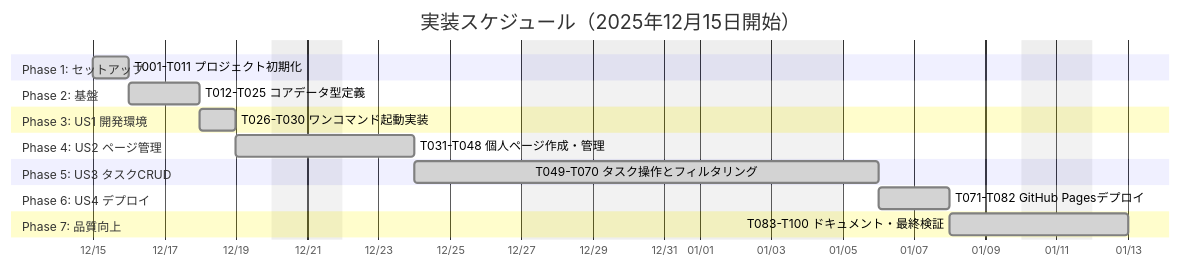
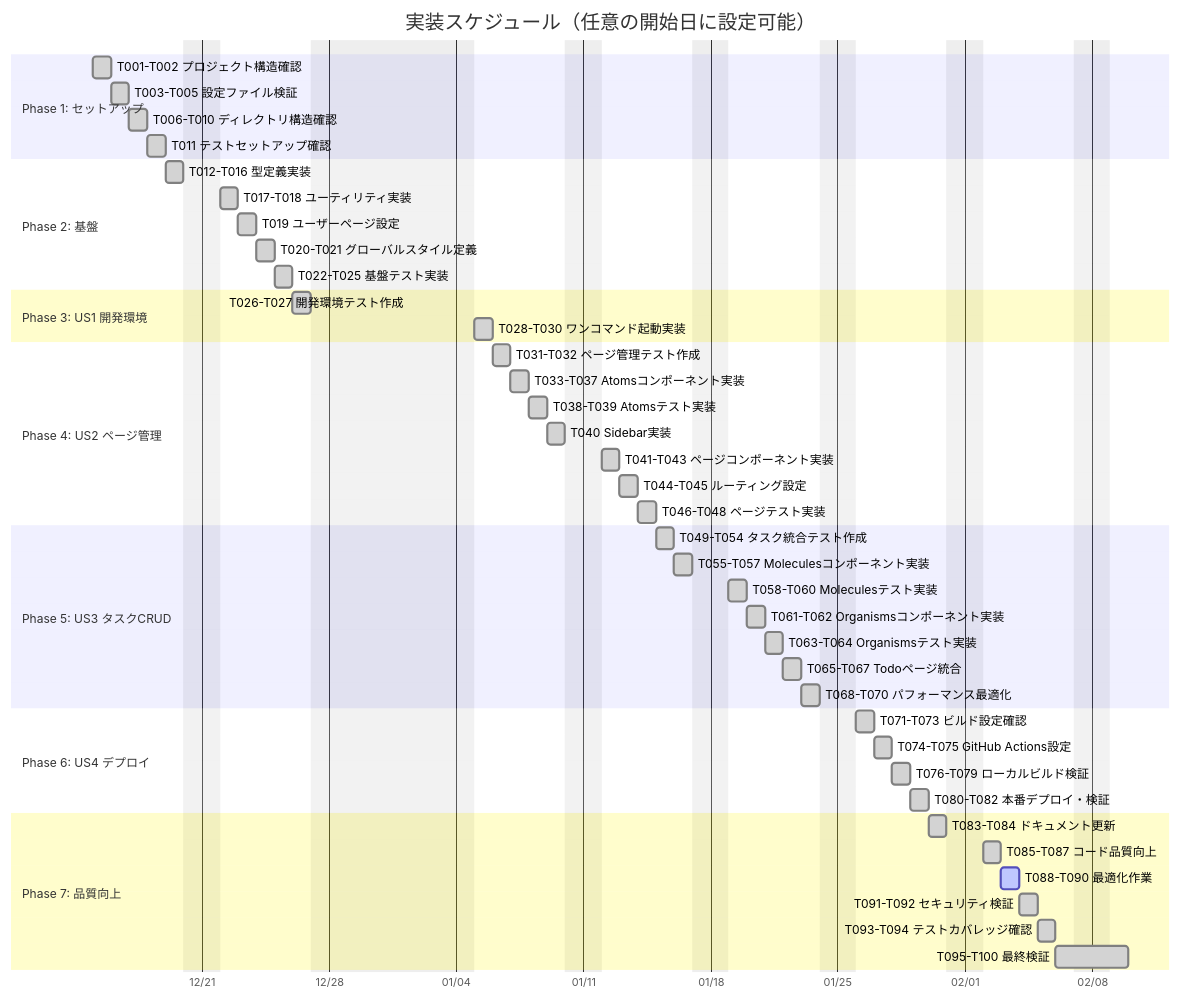
The first of 10 diagrams in specs/001-ToDo/tasks.md (J1921604/ToDo), drawn with Mermaid before and after one commit. The commit also changed other lines of this file and 1 other file, not shown here.

Commit message:
docs: tasks.mdのガントチャートを詳細化、spec.mdの公開URL修正
・tasks.mdガントチャート: 7フェーズを38サブタスクに細分化
・相対日付方式(after p<N>)で開始日変更時の自動調整対応
・年末年始休暇(12/27-1/4)を明示的に除外
・spec.md: 公開URLをtodo-app/からToDo/に修正

````diff
--- a/specs/001-ToDo/tasks.md
+++ b/specs/001-ToDo/tasks.md
@@ -17,28 +17,56 @@
 ```mermaid
 gantt
-    title 実装スケジュール（2025年12月15日開始）
+    title 実装スケジュール（任意の開始日に設定可能）
     dateFormat YYYY-MM-DD
     axisFormat %m/%d
     excludes weekends 2025-12-27 2025-12-28 2025-12-29 2025-12-30 2025-12-31 2026-01-01 2026-01-02 2026-01-03 2026-01-04
     
     section Phase 1: セットアップ
-    T001-T011 プロジェクト初期化           :done, p1, 2025-12-15, 1d
+    T001-T002 プロジェクト構造確認         :done, p1_1, 2025-12-15, 1d
+    T003-T005 設定ファイル検証             :done, p1_2, after p1_1, 1d
+    T006-T010 ディレクトリ構造確認         :done, p1_3, after p1_2, 1d
+    T011 テストセットアップ確認            :done, p1_4, after p1_3, 1d
     
     section Phase 2: 基盤
-    T012-T025 コアデータ型定義             :done, p2, after p1, 2d
+    T012-T016 型定義実装                   :done, p2_1, after p1_4, 1d
+    T017-T018 ユーティリティ実装           :done, p2_2, after p2_1, 1d
+    T019 ユーザーページ設定                :done, p2_3, after p2_2, 1d
+    T020-T021 グローバルスタイル定義       :done, p2_4, after p2_3, 1d
+    T022-T025 基盤テスト実装               :done, p2_5, after p2_4, 1d
     
     section Phase 3: US1 開発環境
-    T026-T030 ワンコマンド起動実装         :done, p3, after p2, 1d
+    T026-T027 開発環境テスト作成           :done, p3_1, after p2_5, 1d
+    T028-T030 ワンコマンド起動実装         :done, p3_2, after p3_1, 1d
     
     section Phase 4: US2 ページ管理
-    T031-T048 個人ページ作成・管理         :done, p4, after p3, 3d
+    T031-T032 ページ管理テスト作成         :done, p4_1, after p3_2, 1d
+    T033-T037 Atomsコンポーネント実装      :done, p4_2, after p4_1, 1d
+    T038-T039 Atomsテスト実装              :done, p4_3, after p4_2, 1d
+    T040 Sidebar実装                       :done, p4_4, after p4_3, 1d
+    T041-T043 ページコンポーネント実装     :done, p4_5, after p4_4, 1d
+    T044-T045 ルーティング設定             :done, p4_6, after p4_5, 1d
+    T046-T048 ページテスト実装             :done, p4_7, after p4_6, 1d
     
     section Phase 5: US3 タスクCRUD
-    T049-T070 タスク操作とフィルタリング   :done, p5, after p4, 4d
+    T049-T054 タスク統合テスト作成         :done, p5_1, after p4_7, 1d
+    T055-T057 Moleculesコンポーネント実装  :done, p5_2, after p5_1, 1d
+    T058-T060 Moleculesテスト実装          :done, p5_3, after p5_2, 1d
+    T061-T062 Organismsコンポーネント実装  :done, p5_4, after p5_3, 1d
+    T063-T064 Organismsテスト実装          :done, p5_5, after p5_4, 1d
+    T065-T067 Todoページ統合               :done, p5_6, after p5_5, 1d
+    T068-T070 パフォーマンス最適化         :done, p5_7, after p5_6, 1d
     
     section Phase 6: US4 デプロイ
-    T071-T082 GitHub Pagesデプロイ         :done, p6, after p5, 2d
+    T071-T073 ビルド設定確認               :done, p6_1, after p5_7, 1d
+    T074-T075 GitHub Actions設定           :done, p6_2, after p6_1, 1d
+    T076-T079 ローカルビルド検証           :done, p6_3, after p6_2, 1d
+    T080-T082 本番デプロイ・検証           :done, p6_4, after p6_3, 1d
     
     section Phase 7: 品質向上
-    T083-T100 ドキュメント・最終検証       :done, p7, after p6, 3d
+    T083-T084 ドキュメント更新             :done, p7_1, after p6_4, 1d
+    T085-T087 コード品質向上               :done, p7_2, after p7_1, 1d
+    T088-T090 最適化作業                   :active, p7_3, after p7_2, 1d
+    T091-T092 セキュリティ検証             :done, p7_4, after p7_3, 1d
+    T093-T094 テストカバレッジ確認         :done, p7_5, after p7_4, 1d
+    T095-T100 最終検証                     :done, p7_6, after p7_5, 2d
 ```
````
